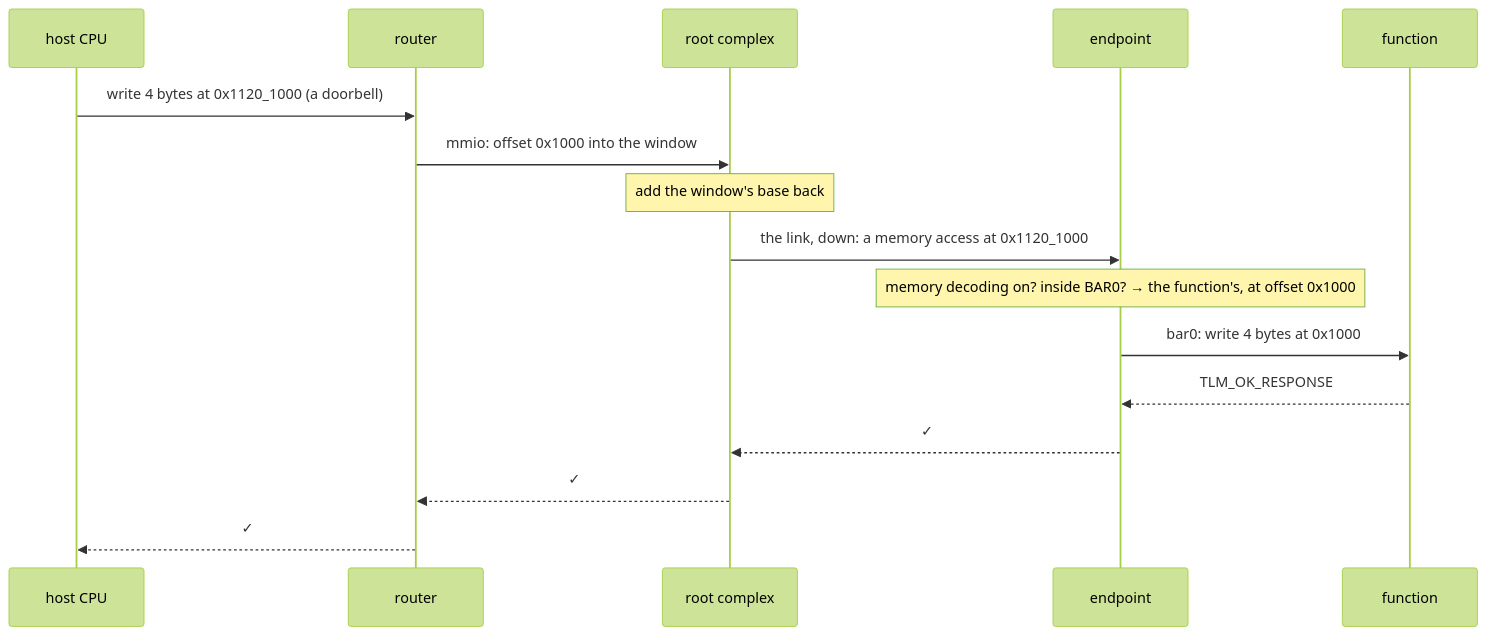
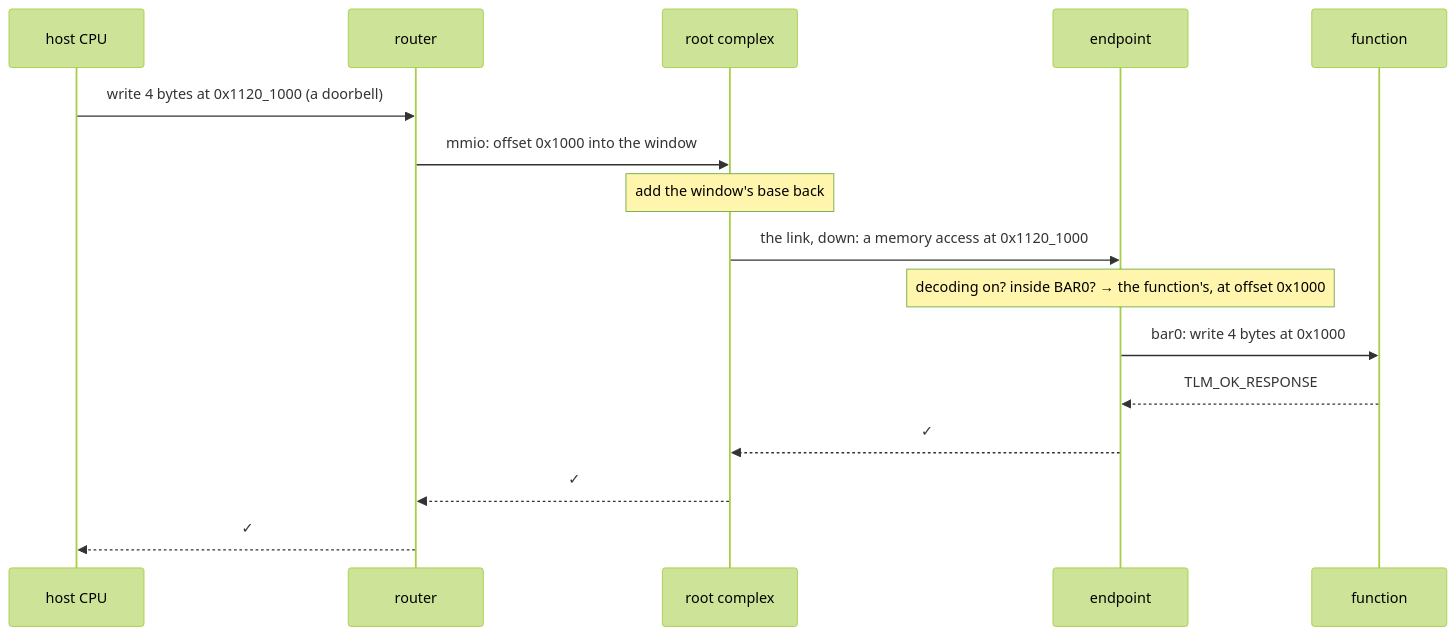
Before and after one commit to cphurley82/socpuppet: the third of 5 diagrams in docs/pcie.md, drawn with Mermaid (forest theme). The commit also changed other lines of this file, not shown here.

````diff
--- a/docs/pcie.md
+++ b/docs/pcie.md
@@ -136,18 +131,18 @@
 ```mermaid
 sequenceDiagram
     participant cpu as host CPU
     participant bus as router
     participant rc as root complex
     participant ep as endpoint
     participant fn as function
     cpu->>bus: write 4 bytes at 0x1120_1000 (a doorbell)
     bus->>rc: mmio: offset 0x1000 into the window
     Note over rc: add the window's base back
     rc->>ep: the link, down: a memory access at 0x1120_1000
-    Note over ep: memory decoding on? inside BAR0? → the function's, at offset 0x1000
+    Note over ep: decoding on? inside BAR0? → the function's, at offset 0x1000
     ep->>fn: bar0: write 4 bytes at 0x1000
     fn-->>ep: TLM_OK_RESPONSE
     ep-->>rc: ✓
     rc-->>bus: ✓
     bus-->>cpu: ✓
 ```
````
